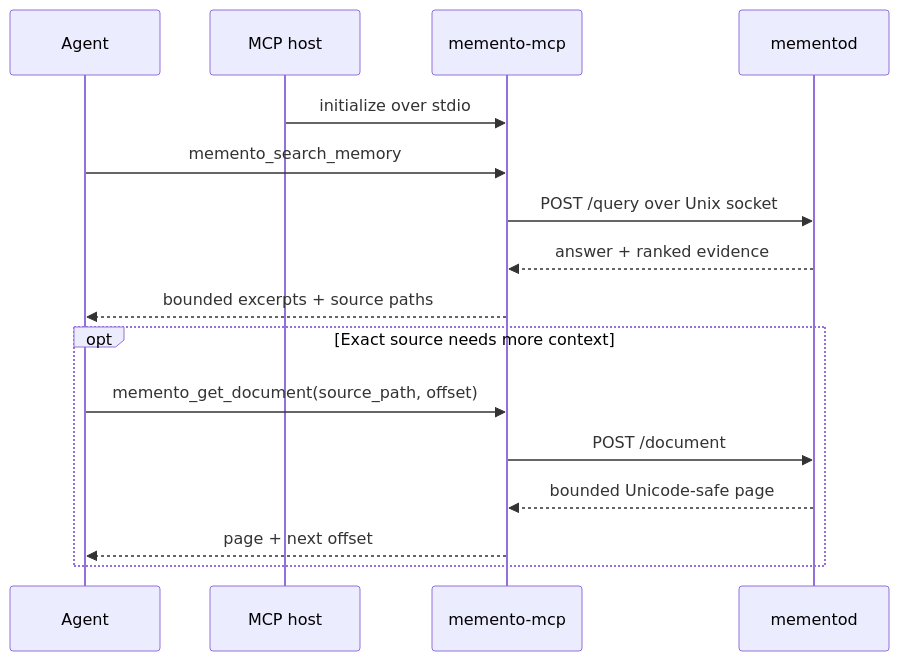
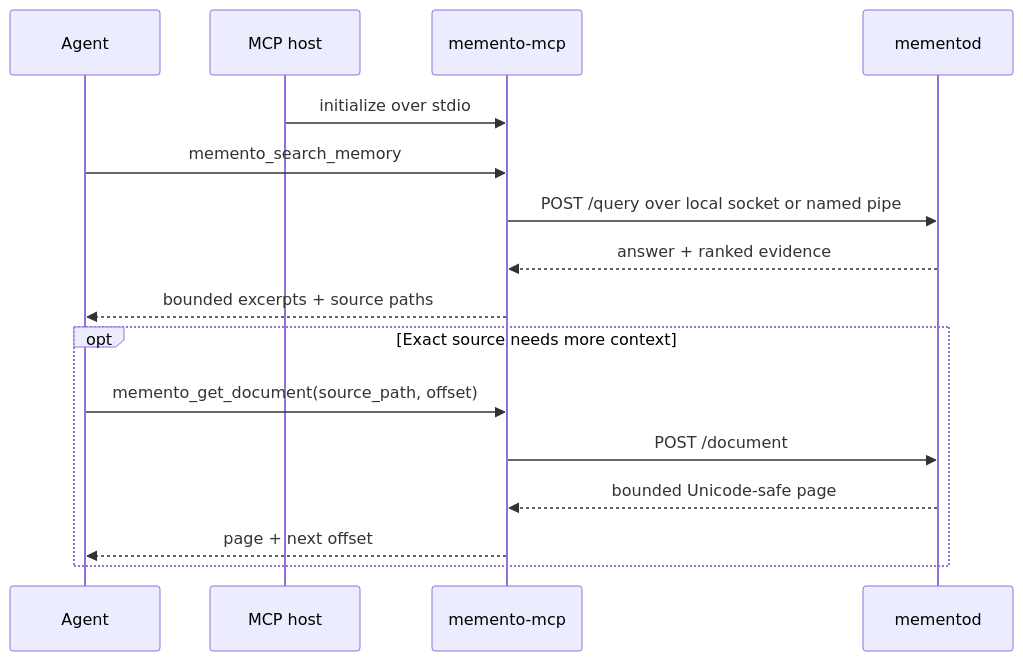
One commit to ArvorCo/memento changed the diagram in docs/MCP.md. Above: the diagram before and after it, drawn with Mermaid. The commit also changed other lines of this file and 49 other files, not shown here.

````diff
--- a/docs/MCP.md
+++ b/docs/MCP.md
@@ -15,22 +16,22 @@
 ```mermaid
 sequenceDiagram
     accTitle: Recommended MCP memory workflow
     accDescr: An agent host starts the Memento MCP server over standard input and output. The server searches the local daemon with a bounded result limit. Only when more context is necessary does the agent request a page from an exact indexed source path.
 
     participant A as Agent
     participant H as MCP host
     participant M as memento-mcp
     participant D as mementod
 
     H->>M: initialize over stdio
     A->>M: memento_search_memory
-    M->>D: POST /query over Unix socket
+    M->>D: POST /query over local socket or named pipe
     D-->>M: answer + ranked evidence
     M-->>A: bounded excerpts + source paths
     opt Exact source needs more context
         A->>M: memento_get_document(source_path, offset)
         M->>D: POST /document
         D-->>M: bounded Unicode-safe page
         M-->>A: page + next offset
     end
 ```
````
